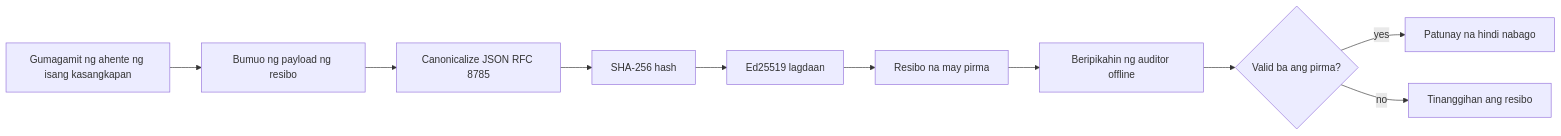
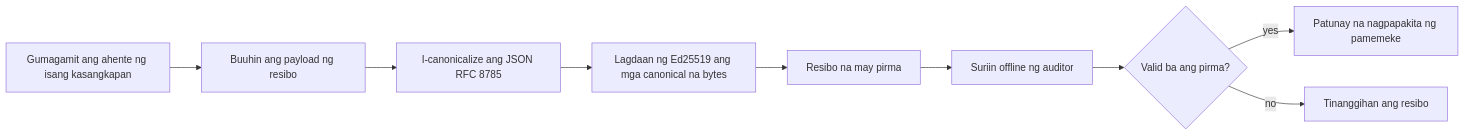
One commit to gabrielmoreira/agent-skills-mirror changed the first of 2 diagrams in mirrors/repos/microsoft@ai-agents-for-beginners/translations/tl/18-securing-ai-agents/README.md. Above: the diagram before and after it, drawn with Mermaid. The commit also changed other lines of this file and 4262 other files, not shown here.

````diff
--- a/mirrors/repos/microsoft@ai-agents-for-beginners/translations/tl/18-securing-ai-agents/README.md
+++ b/mirrors/repos/microsoft@ai-agents-for-beginners/translations/tl/18-securing-ai-agents/README.md
@@ -51,12 +51,11 @@
 ```mermaid
 flowchart LR
-    A[Gumagamit ng ahente ng isang kasangkapan] --> B[Bumuo ng payload ng resibo]
-    B --> C[Canonicalize JSON RFC 8785]
-    C --> D[SHA-256 hash]
-    D --> E[Ed25519 lagdaan]
+    A[Gumagamit ang ahente ng isang kasangkapan] --> B[Buuhin ang payload ng resibo]
+    B --> C[I-canonicalize ang JSON RFC 8785]
+    C --> E[Lagdaan ng Ed25519 ang mga canonical na bytes]
     E --> F[Resibo na may pirma]
-    F --> G[Beripikahin ng auditor offline]
+    F --> G[Suriin offline ng auditor]
     G --> H{Valid ba ang pirma?}
-    H -- yes --> I[Patunay na hindi nabago]
+    H -- yes --> I[Patunay na nagpapakita ng pamemeke]
     H -- no --> J[Tinanggihan ang resibo]
 ```
````
